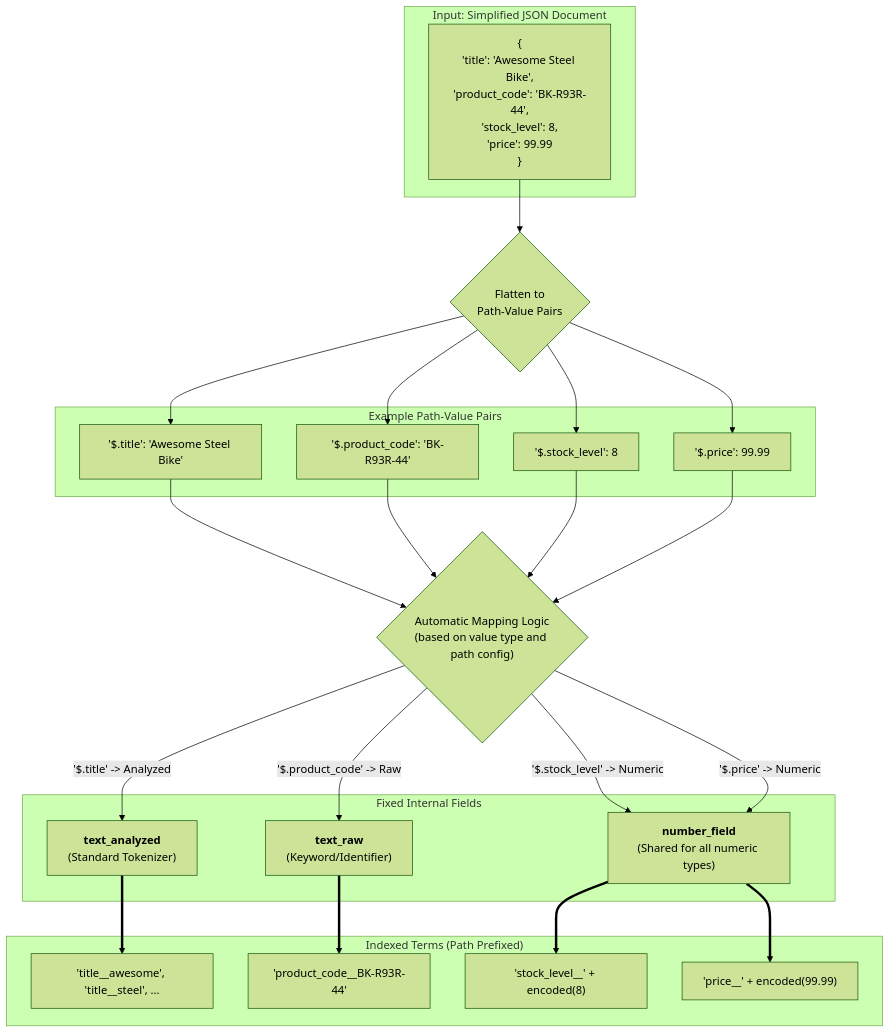
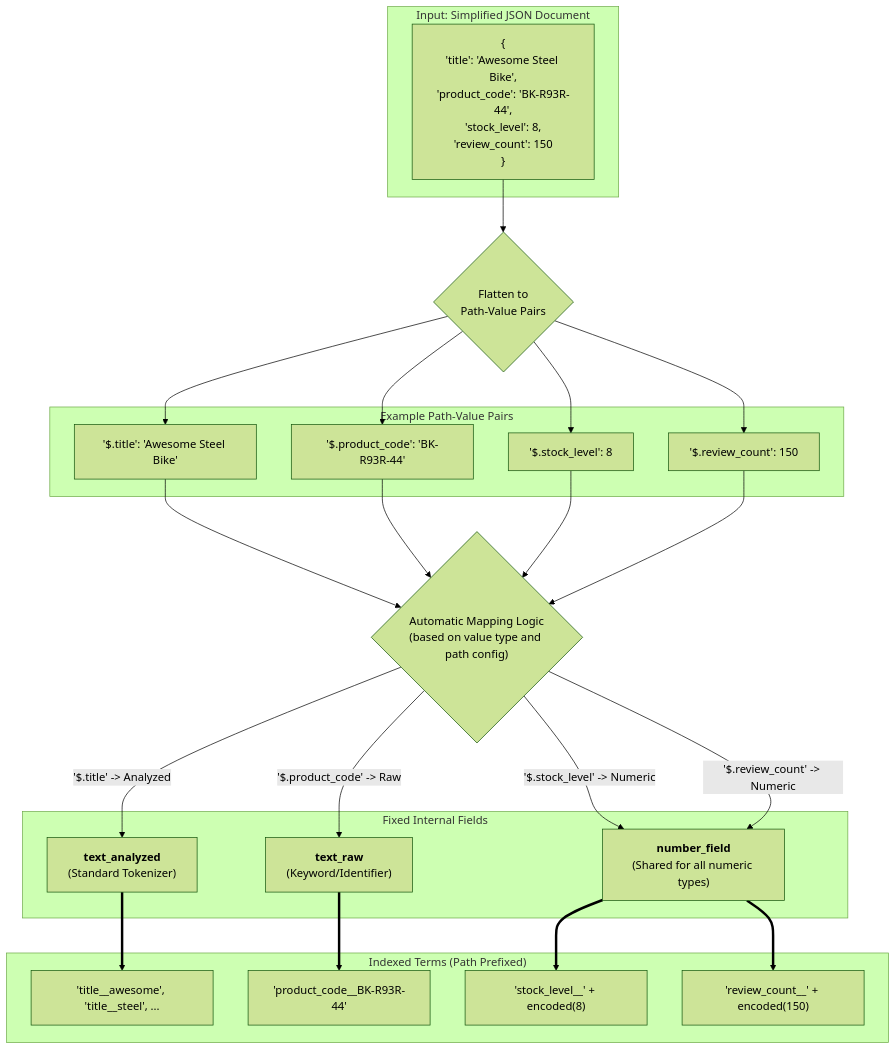
Before and after one commit to kolafish/tantivy: the first of 3 diagrams in TiCI_JSON_Support_Proposal.md, drawn with Mermaid (forest theme). The commit also changed other lines of this file, not shown here.

````diff
--- a/TiCI_JSON_Support_Proposal.md
+++ b/TiCI_JSON_Support_Proposal.md
@@ -140,39 +140,39 @@
 ```mermaid
 graph TD
     subgraph "Input: Simplified JSON Document"
-        A["{<br/>'title': 'Awesome Steel Bike',<br/>'product_code': 'BK-R93R-44',<br/>'stock_level': 8,<br/>'price': 99.99<br/>}"]
+        A["{<br/>'title': 'Awesome Steel Bike',<br/>'product_code': 'BK-R93R-44',<br/>'stock_level': 8,<br/>'review_count': 150<br/>}"]
     end
 
     A --> B{"Flatten to<br/>Path-Value Pairs"};
 
     subgraph "Example Path-Value Pairs"
         C["'$.title': 'Awesome Steel Bike'"]
         D["'$.product_code': 'BK-R93R-44'"]
         E["'$.stock_level': 8"]
-        F["'$.price': 99.99"]
+        F["'$.review_count': 150"]
     end
     B --> C & D & E & F
 
     C --> H{"Automatic Mapping Logic<br/>(based on value type and path config)"};
     D --> H;
     E --> H;
     F --> H;
 
     subgraph "Fixed Internal Fields"
         I["<b>text_analyzed</b><br>(Standard Tokenizer)"]
         J["<b>text_raw</b><br>(Keyword/Identifier)"]
         L["<b>number_field</b><br>(Shared for all numeric types)"]
     end
     
     H -- "'$.title' -> Analyzed" --> I
     H -- "'$.product_code' -> Raw" --> J
     H -- "'$.stock_level' -> Numeric" --> L
-    H -- "'$.price' -> Numeric" --> L
+    H -- "'$.review_count' -> Numeric" --> L
 
     subgraph "Indexed Terms (Path Prefixed)"
         I ==> P["'title__awesome', 'title__steel', ..."]
         J ==> Q["'product_code__BK-R93R-44'"]
         L ==> R["'stock_level__' + encoded(8)"]
-        L ==> S["'price__' + encoded(99.99)"]
+        L ==> S["'review_count__' + encoded(150)"]
     end
 ```
````
